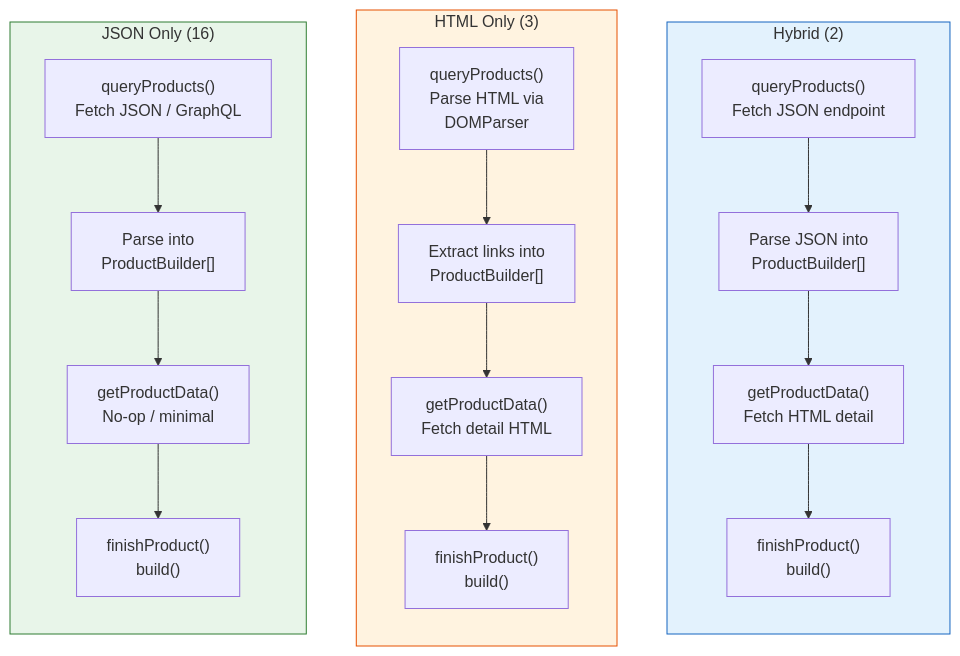
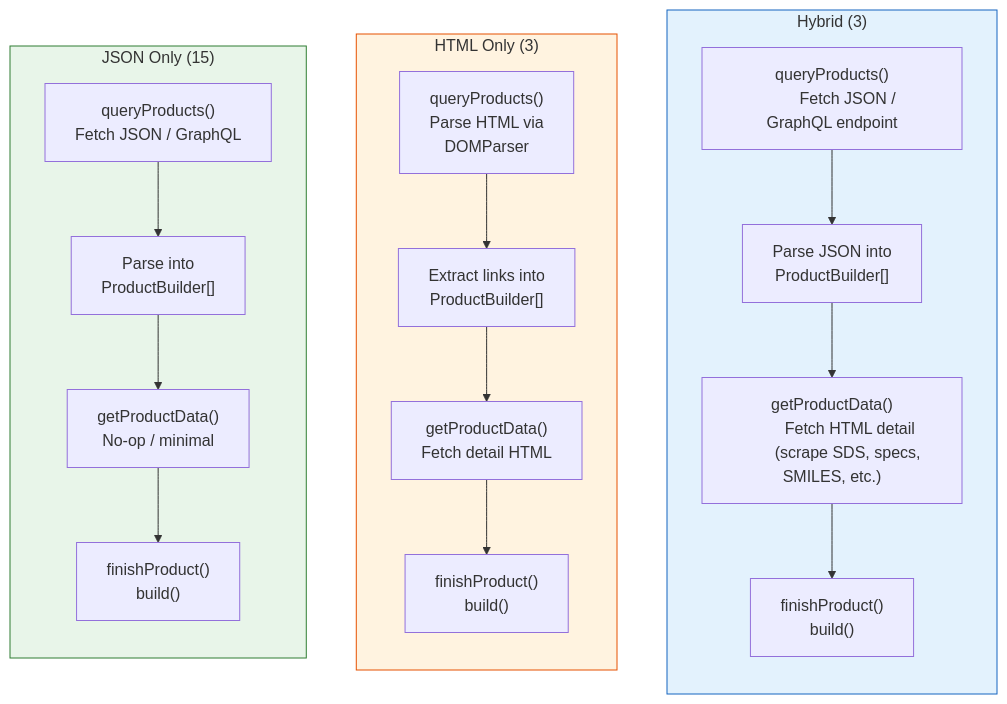
The third of 5 diagrams in pages/diagrams/supplier-lifecycle.md (jhyland87/chem-pal), drawn with Mermaid before and after one commit. The commit also changed other lines of this file and 8 other files, not shown here.

````diff
--- a/pages/diagrams/supplier-lifecycle.md
+++ b/pages/diagrams/supplier-lifecycle.md
@@ -128,48 +131,49 @@
 ```mermaid
 flowchart LR
-    subgraph JSON["JSON Only (16)"]
+    subgraph JSON["JSON Only (15)"]
         direction TB
         J1["queryProducts()
         Fetch JSON / GraphQL"]
         J2["Parse into
         ProductBuilder[]"]
         J3["getProductData()
         No-op / minimal"]
         J4["finishProduct()
         build()"]
         J1 --> J2 --> J3 --> J4
     end
 
     subgraph HTML["HTML Only (3)"]
         direction TB
         H1["queryProducts()
         Parse HTML via
         DOMParser"]
         H2["Extract links into
         ProductBuilder[]"]
         H3["getProductData()
         Fetch detail HTML"]
         H4["finishProduct()
         build()"]
         H1 --> H2 --> H3 --> H4
     end
 
-    subgraph Hybrid["Hybrid (2)"]
+    subgraph Hybrid["Hybrid (3)"]
         direction TB
         HY1["queryProducts()
-        Fetch JSON endpoint"]
+        Fetch JSON / GraphQL endpoint"]
         HY2["Parse JSON into
         ProductBuilder[]"]
         HY3["getProductData()
-        Fetch HTML detail"]
+        Fetch HTML detail
+        (scrape SDS, specs, SMILES, etc.)"]
         HY4["finishProduct()
         build()"]
         HY1 --> HY2 --> HY3 --> HY4
     end
 
     JSON ~~~ HTML ~~~ Hybrid
 
     style JSON fill:#e8f5e9,stroke:#2e7d32
     style HTML fill:#fff3e0,stroke:#e65100
     style Hybrid fill:#e3f2fd,stroke:#1565c0
 ```
````
